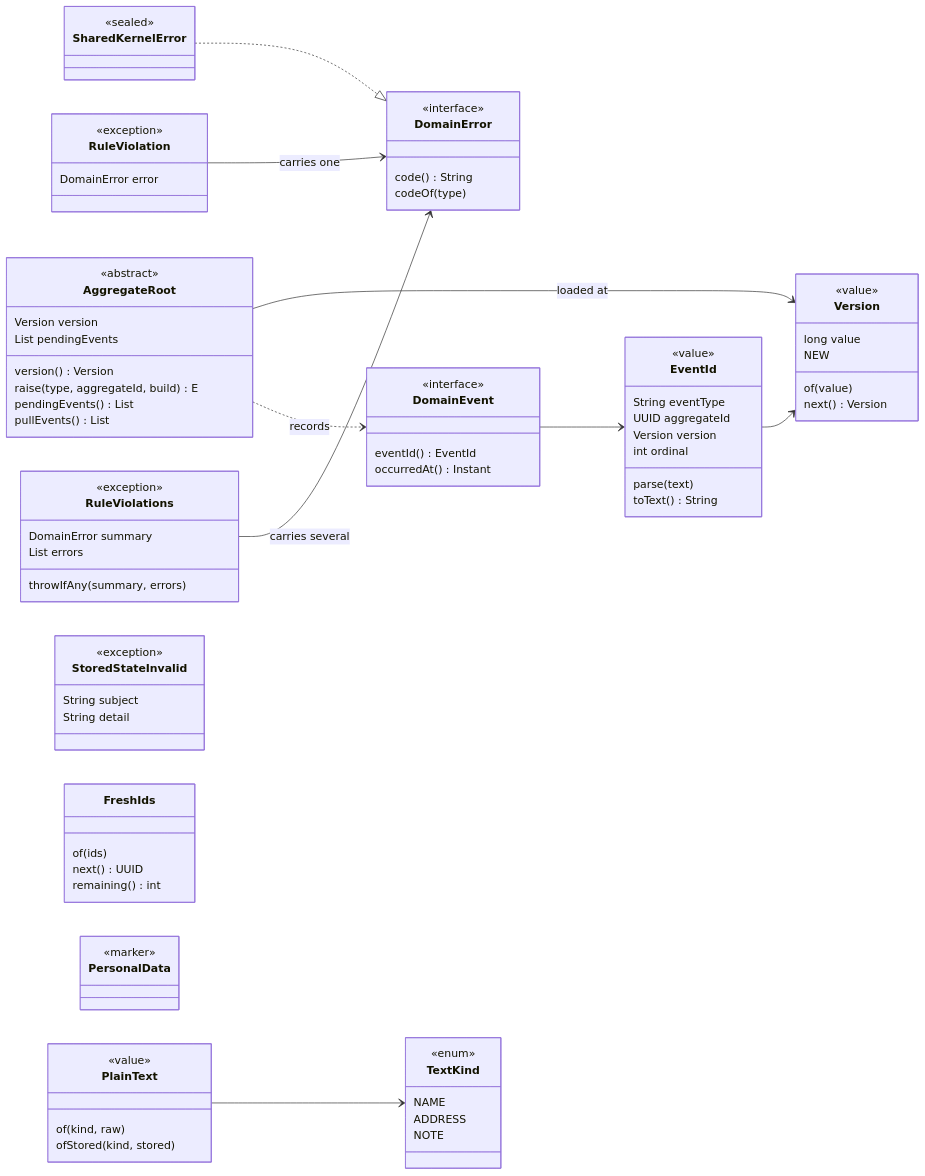
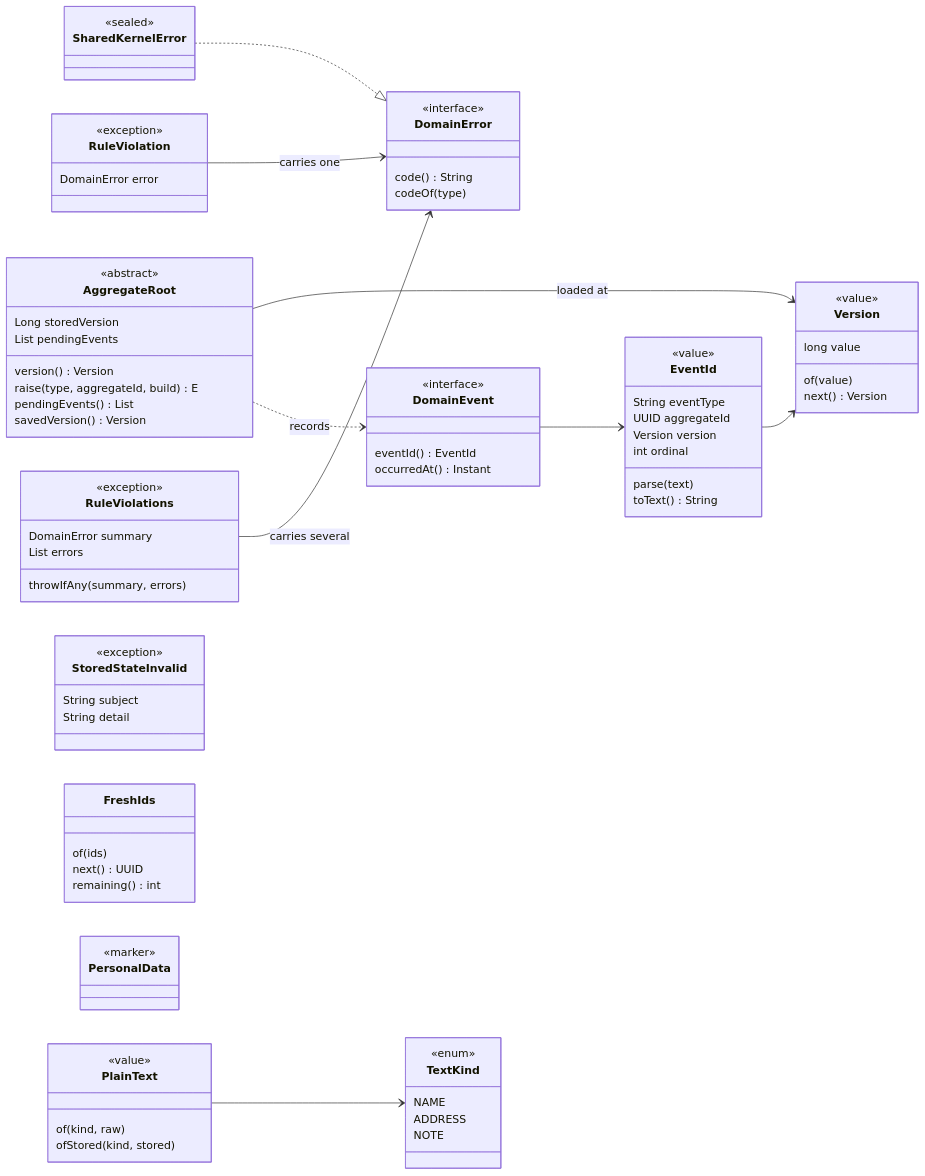
One commit to NaimElijah/DispatchFlow changed the third of 29 diagrams in docs/architecture/domain_layer/domain_layer_visual_guide.md. Above: the diagram before and after it, drawn with Mermaid. The commit also changed other lines of this file and 13 other files, not shown here.

```diff
--- a/docs/architecture/domain_layer/domain_layer_visual_guide.md
+++ b/docs/architecture/domain_layer/domain_layer_visual_guide.md
@@ -213,17 +217,16 @@
   direction LR
   class AggregateRoot {
     <<abstract>>
-    Version version
+    Long storedVersion
     List pendingEvents
     version() Version
     raise(type, aggregateId, build) E
     pendingEvents() List
-    pullEvents() List
+    savedVersion() Version
   }
   class Version {
     <<value>>
     long value
-    NEW
     of(value)
     next() Version
   }
```
